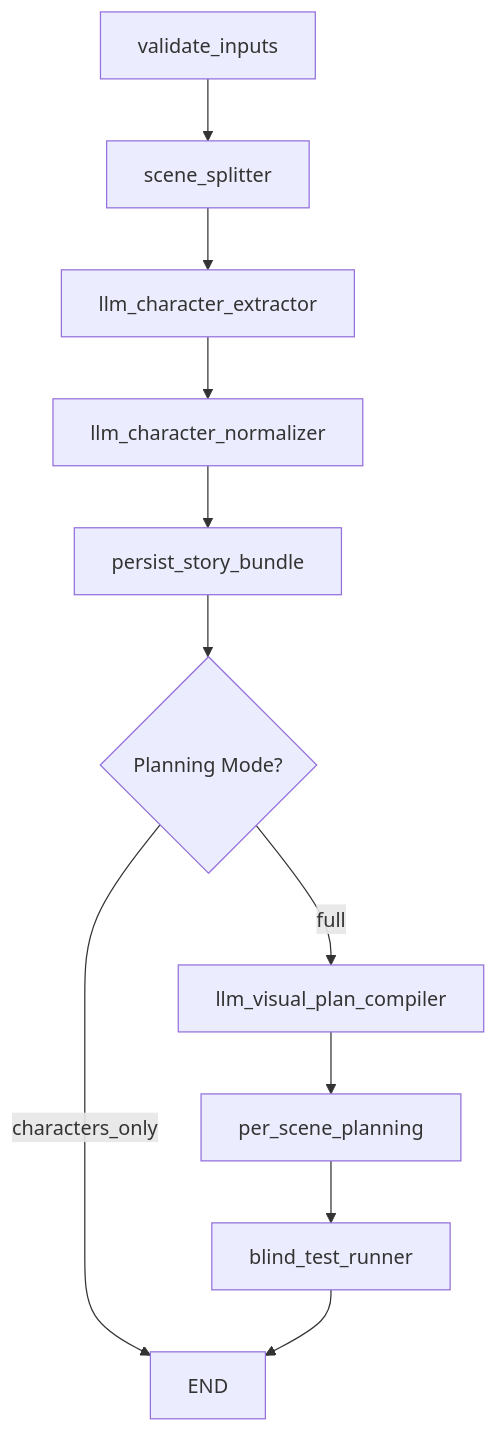
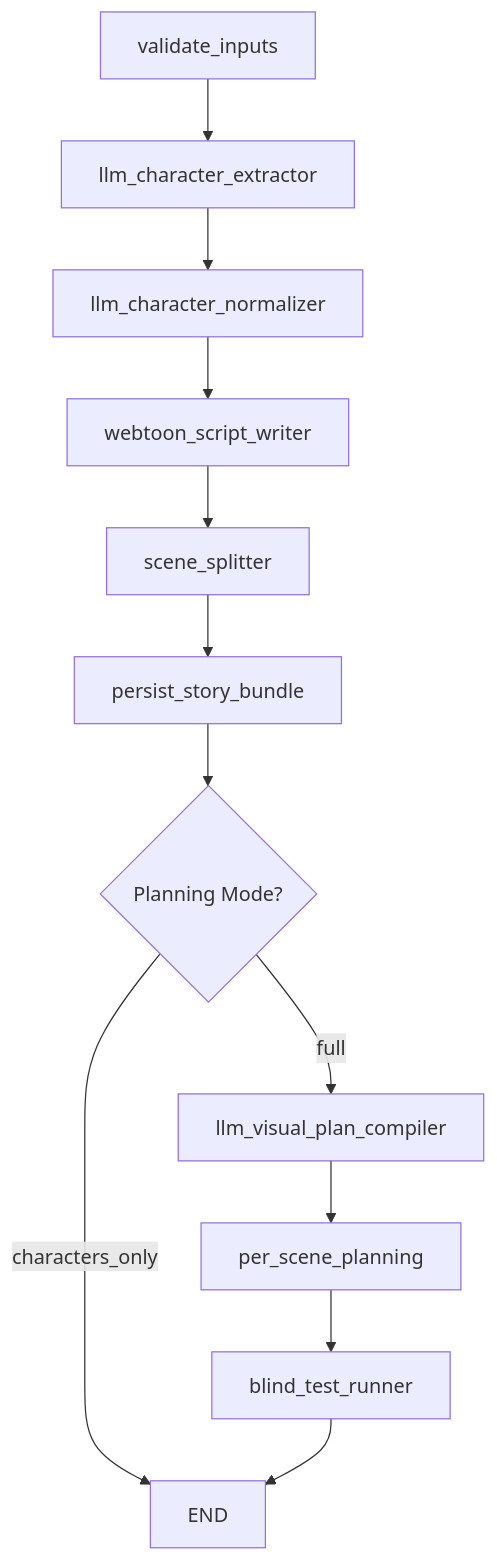
The first of 3 diagrams in docs/02-langgraph-architecture.md (taigi0315/webtoon_ddalggak), drawn with Mermaid before and after one commit. The commit also changed other lines of this file and 12 other files, not shown here.

First line of the commit message:
feat: implement Webtoon Script Writer node and update documentation

````diff
--- a/docs/02-langgraph-architecture.md
+++ b/docs/02-langgraph-architecture.md
@@ -68,15 +71,16 @@
 ```mermaid
 graph TD
-    A[validate_inputs] --> B[scene_splitter]
-    B --> C[llm_character_extractor]
-    C --> D[llm_character_normalizer]
-    D --> E[persist_story_bundle]
-    
-    E --> F{Planning Mode?}
-    F -->|characters_only| Z[END]
-    F -->|full| G[llm_visual_plan_compiler]
-    
-    G --> H[per_scene_planning]
-    H --> I[blind_test_runner]
-    I --> Z
+    A[validate_inputs] --> B[llm_character_extractor]
+    B --> C[llm_character_normalizer]
+    C --> D[webtoon_script_writer]
+    D --> E[scene_splitter]
+    E --> F[persist_story_bundle]
+
+    F --> G{Planning Mode?}
+    G -->|characters_only| Z[END]
+    G -->|full| H[llm_visual_plan_compiler]
+
+    H --> I[per_scene_planning]
+    I --> J[blind_test_runner]
+    J --> Z
 ```
````
